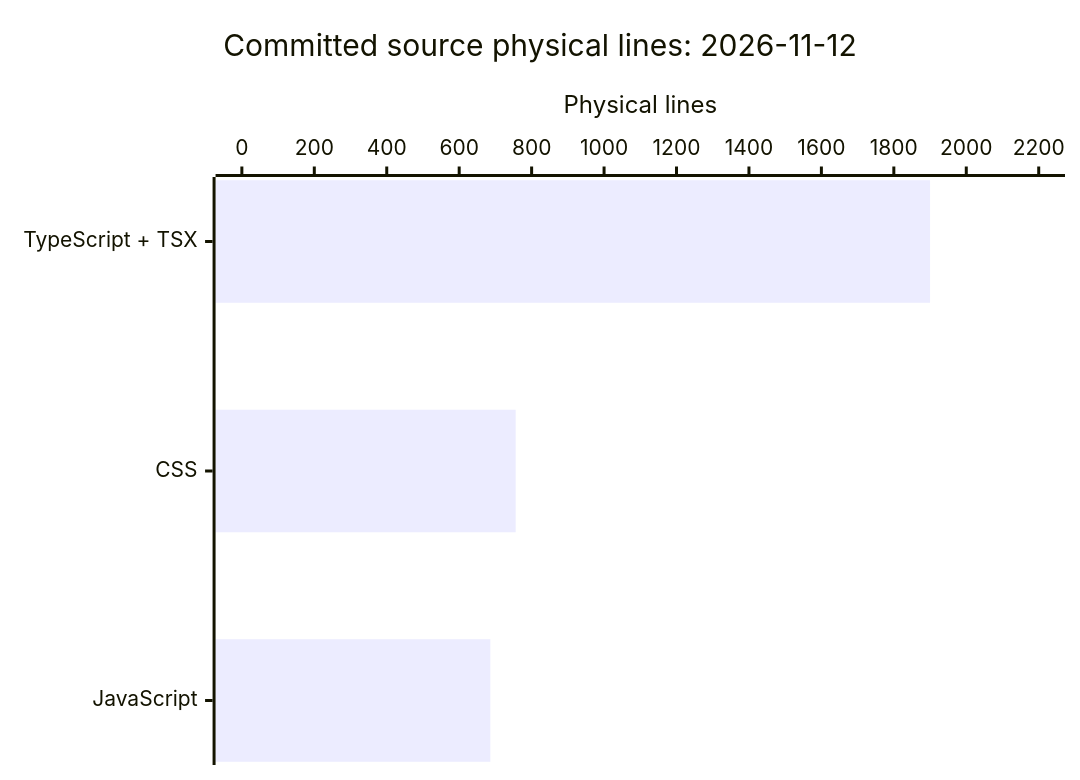
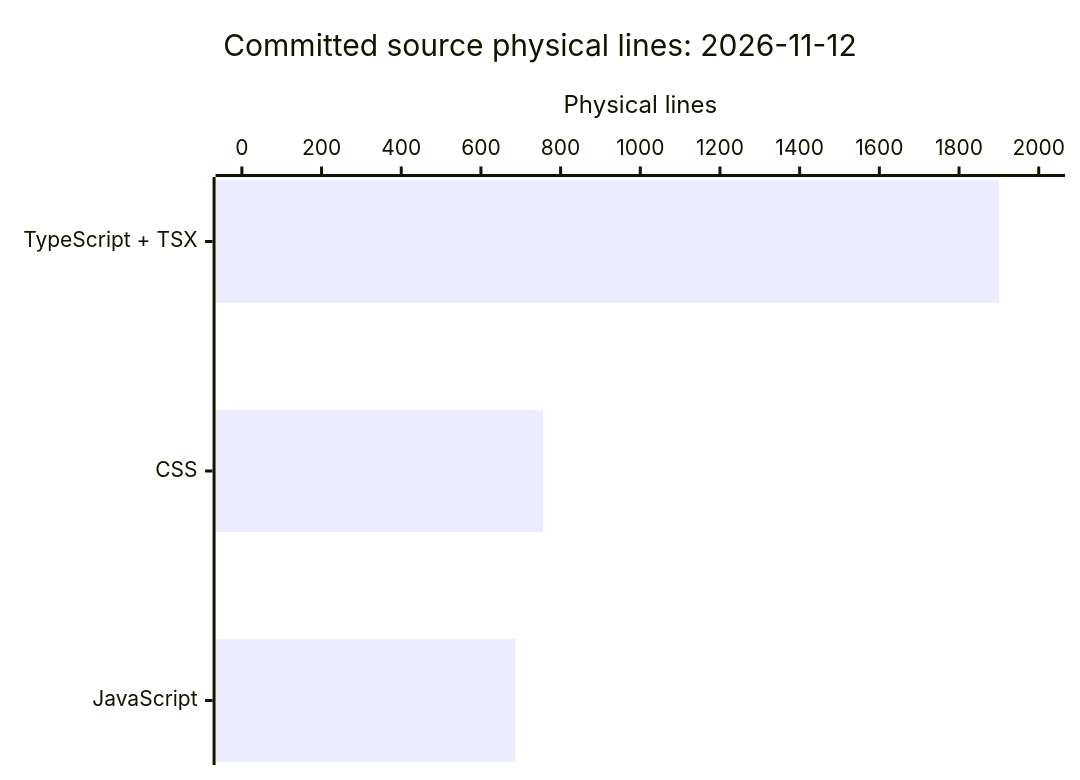
Before and after one commit to FactoryDemo/demo-storefront-practice: the diagram in droid-wiki/by-the-numbers.md, drawn with Mermaid. The commit also changed other lines of this file and 18 other files, not shown here.

````diff
--- a/droid-wiki/by-the-numbers.md
+++ b/droid-wiki/by-the-numbers.md
@@ -26,7 +23,7 @@
 ```mermaid
 xychart-beta horizontal
   title "Committed source physical lines: 2026-11-12"
   x-axis ["TypeScript + TSX", "CSS", "JavaScript"]
-  y-axis "Physical lines" 0 --> 2200
+  y-axis "Physical lines" 0 --> 2000
   bar [1900, 756, 686]
 ```
````
